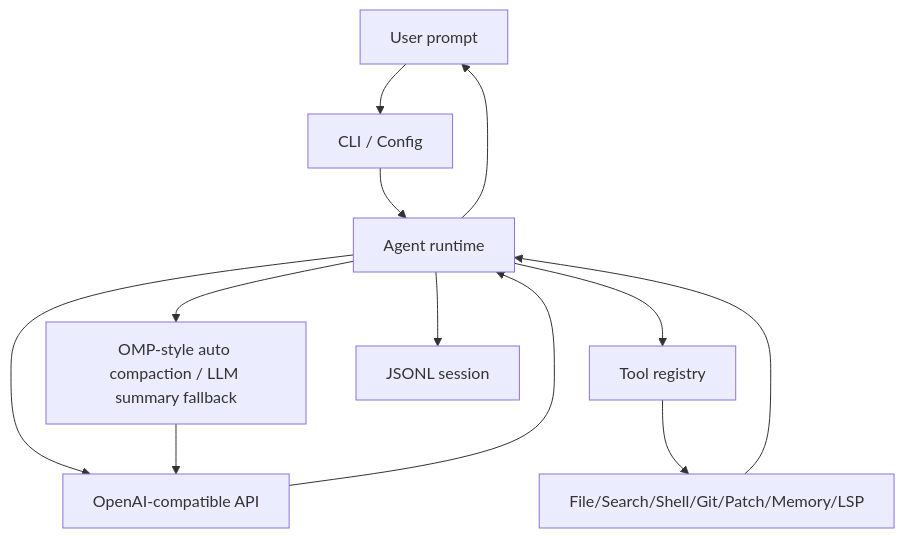
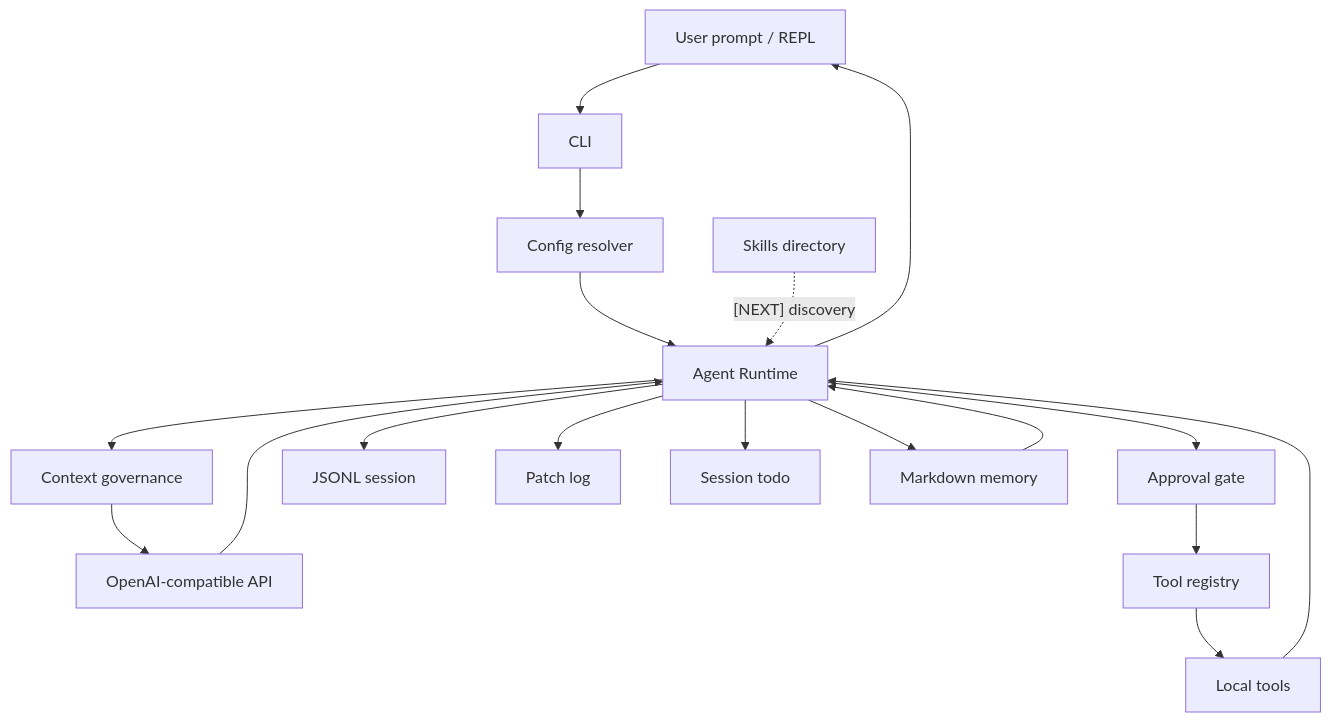
The diagram in docs/architecture.md (noone6931/lca-private-handoff-20260803), drawn with Mermaid before and after one commit. The commit also changed other lines of this file and 17 other files, not shown here.

````diff
--- a/docs/architecture.md
+++ b/docs/architecture.md
@@ -34,14 +56,20 @@
 ```mermaid
 flowchart TD
-  U["User prompt"] --> C["CLI / Config"]
-  C --> A["Agent runtime"]
-  A --> L["OpenAI-compatible API"]
-  L --> A
-  A --> T["Tool registry"]
-  T --> F["File/Search/Shell/Git/Patch/Memory/LSP"]
-  F --> A
-  A --> X["OMP-style auto compaction / LLM summary fallback"]
-  X --> L
-  A --> S["JSONL session"]
-  A --> U
+  U["User prompt / REPL"] --> CLI["CLI"]
+  CLI --> CFG["Config resolver"]
+  CFG --> RT["Agent Runtime"]
+  RT --> CTX["Context governance"]
+  CTX --> LLM["OpenAI-compatible API"]
+  LLM --> RT
+  RT --> APR["Approval gate"]
+  APR --> REG["Tool registry"]
+  REG --> TOOLS["Local tools"]
+  TOOLS --> RT
+  RT --> SESS["JSONL session"]
+  RT --> PATCH["Patch log"]
+  RT --> TODO["Session todo"]
+  RT --> MEM["Markdown memory"]
+  MEM --> RT
+  SKILL["Skills directory"] -. "[NEXT] discovery" .-> RT
+  RT --> U
 ```
````
